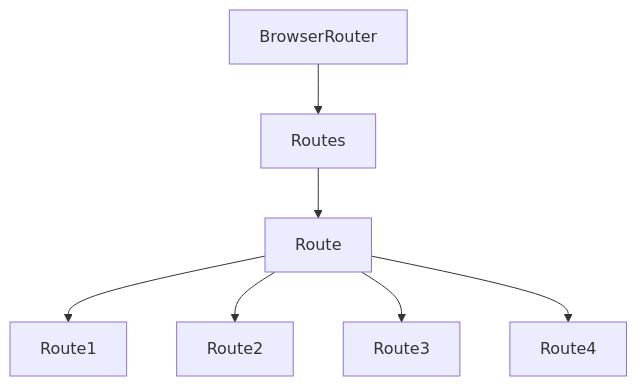
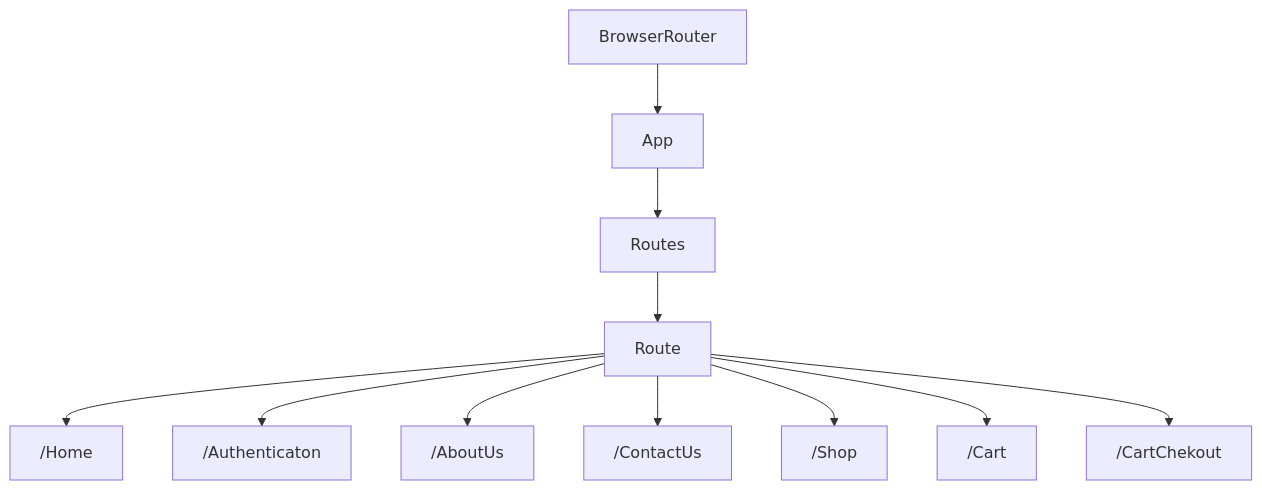
Before and after one commit to Dhaneshwar7/Technical-Paper: the diagram in ReactRouter.md, drawn with Mermaid. The commit also changed other lines of this file, not shown here.

````diff
--- a/ReactRouter.md
+++ b/ReactRouter.md
@@ -51,10 +53,13 @@
 ```mermaid
 graph TD;
-BrowserRouter-->Routes;
+BrowserRouter-->App;
+App-->Routes;
 Routes-->Route;
-Route-->Route1;
-Route-->Route2;
-Route-->Route3;
-Route-->Route4;
-
+Route-->/Home;
+Route-->/Authenticaton;
+Route-->/AboutUs;
+Route-->/ContactUs;
+Route-->/Shop;
+Route-->/Cart;
+Route-->/CartChekout;
 ```
````
